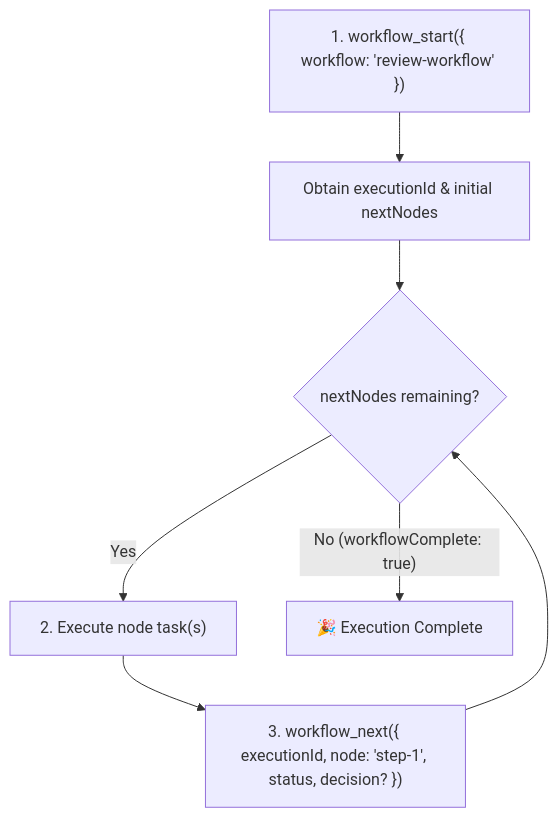
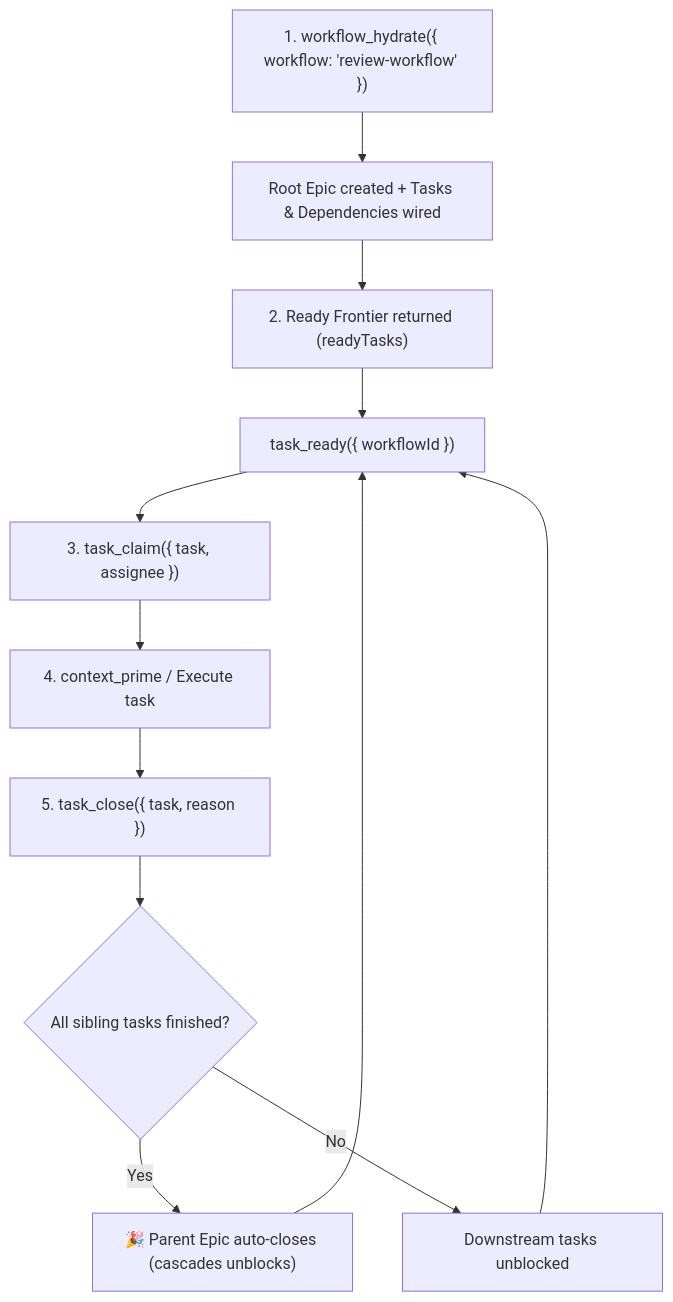
The first of 2 diagrams in instructions.md (mcclellanmj/workflow-builder-mcp), drawn with Mermaid before and after one commit. The commit also changed other lines of this file and 23 other files, not shown here.

Commit message:
feat: hydrate workflow templates into Epics & Task DAGs and retire traversal tools

````diff
--- a/instructions.md
+++ b/instructions.md
@@ -41,9 +43,14 @@
 ```mermaid
 flowchart TD
-    StartRun["1. workflow_start({ workflow: 'review-workflow' })"] --> ObtainExec["Obtain executionId & initial nextNodes"]
-    ObtainExec --> ActionLoop{"nextNodes remaining?"}
-    ActionLoop -- Yes --> RunNode["2. Execute node task(s)"]
-    RunNode --> StepNext["3. workflow_next({ executionId, node: 'step-1', status, decision? })"]
-    StepNext --> ActionLoop
-    ActionLoop -- "No (workflowComplete: true)" --> Finished["🎉 Execution Complete"]
+    Hydrate["1. workflow_hydrate({ workflow: 'review-workflow' })"] --> RootEpic["Root Epic created + Tasks & Dependencies wired"]
+    RootEpic --> Frontier["2. Ready Frontier returned (readyTasks)"]
+    Frontier --> ReadyPoll["task_ready({ workflowId })"]
+    ReadyPoll --> Claim["3. task_claim({ task, assignee })"]
+    Claim --> Prime["4. context_prime / Execute task"]
+    Prime --> Close["5. task_close({ task, reason })"]
+    Close --> Check{"All sibling tasks finished?"}
+    Check -- Yes --> AutoCloseEpic["🎉 Parent Epic auto-closes (cascades unblocks)"]
+    Check -- No --> UnblockDownstream["Downstream tasks unblocked"]
+    UnblockDownstream --> ReadyPoll
+    AutoCloseEpic --> ReadyPoll
 ```
````
